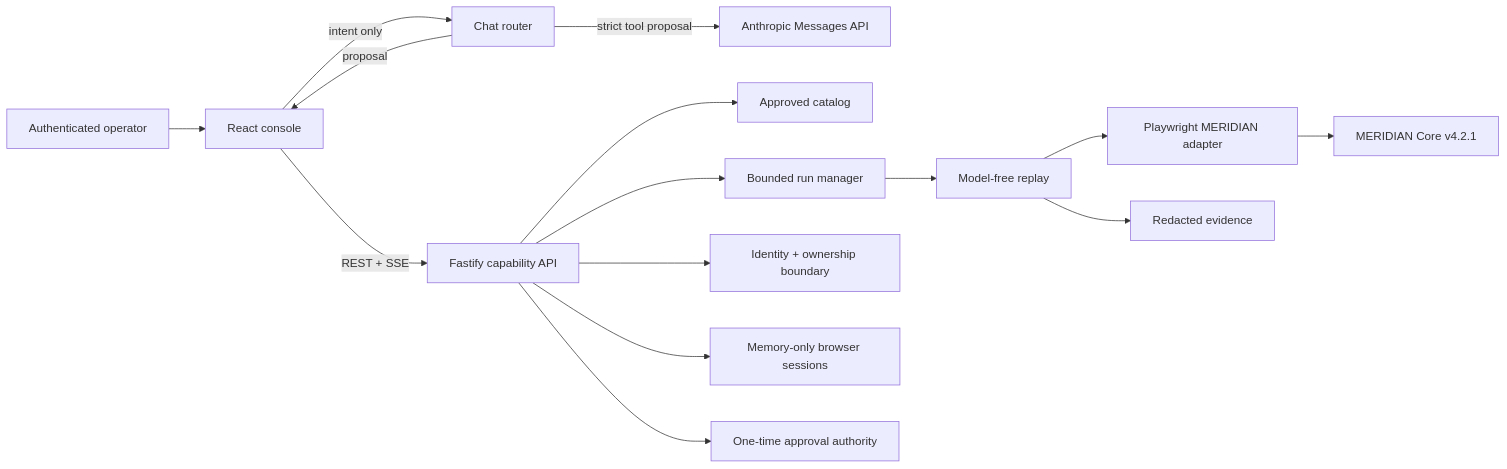
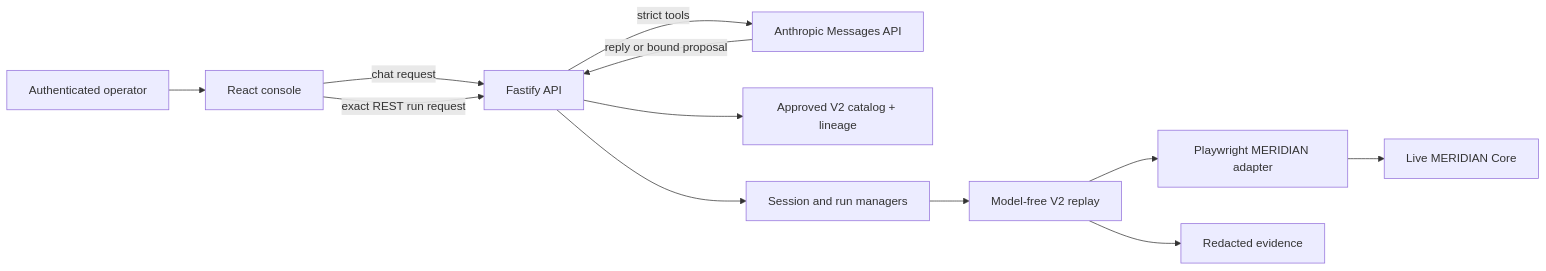
One commit to guptavivek2709/Interface-AI changed the diagram in README.md. Above: the diagram before and after it, drawn with Mermaid. The commit also changed other lines of this file and 327 other files, not shown here.

Commit message:
Added Anthropic API Compatibility

````diff
--- a/README.md
+++ b/README.md
@@ -26,17 +24,14 @@
 ```mermaid
 flowchart LR
-    U["Authenticated operator"] --> W["React console"]
-    W -->|"REST + SSE"| A["Fastify capability API"]
-    W -->|"intent only"| C["Chat router"]
-    C -->|"strict tool proposal"| H["Anthropic Messages API"]
-    C -->|"proposal"| W
-    A --> G["Approved catalog"]
-    A --> Q["Bounded run manager"]
-    Q --> R["Model-free replay"]
-    R --> P["Playwright MERIDIAN adapter"]
-    P --> M["MERIDIAN Core v4.2.1"]
-    R --> E["Redacted evidence"]
-    A --> I["Identity + ownership boundary"]
-    A --> S["Memory-only browser sessions"]
-    A --> T["One-time approval authority"]
+    O[Authenticated operator] --> UI[React console]
+    UI -->|chat request| API[Fastify API]
+    API -->|strict tools| A[Anthropic Messages API]
+    A -->|reply or bound proposal| API
+    UI -->|exact REST run request| API
+    API --> CAT[Approved V2 catalog + lineage]
+    API --> RM[Session and run managers]
+    RM --> RR[Model-free V2 replay]
+    RR --> PW[Playwright MERIDIAN adapter]
+    PW --> M[Live MERIDIAN Core]
+    RR --> EV[Redacted evidence]
 ```
````
